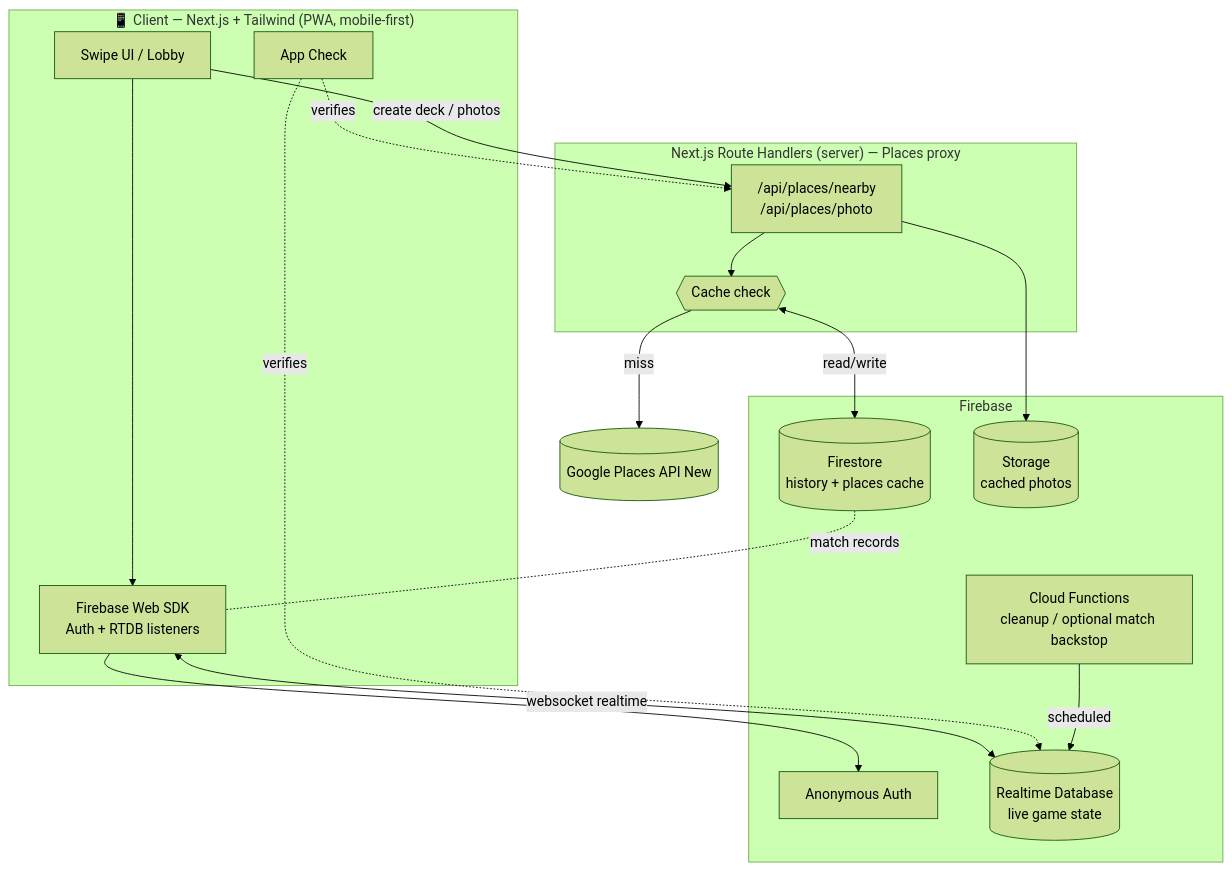
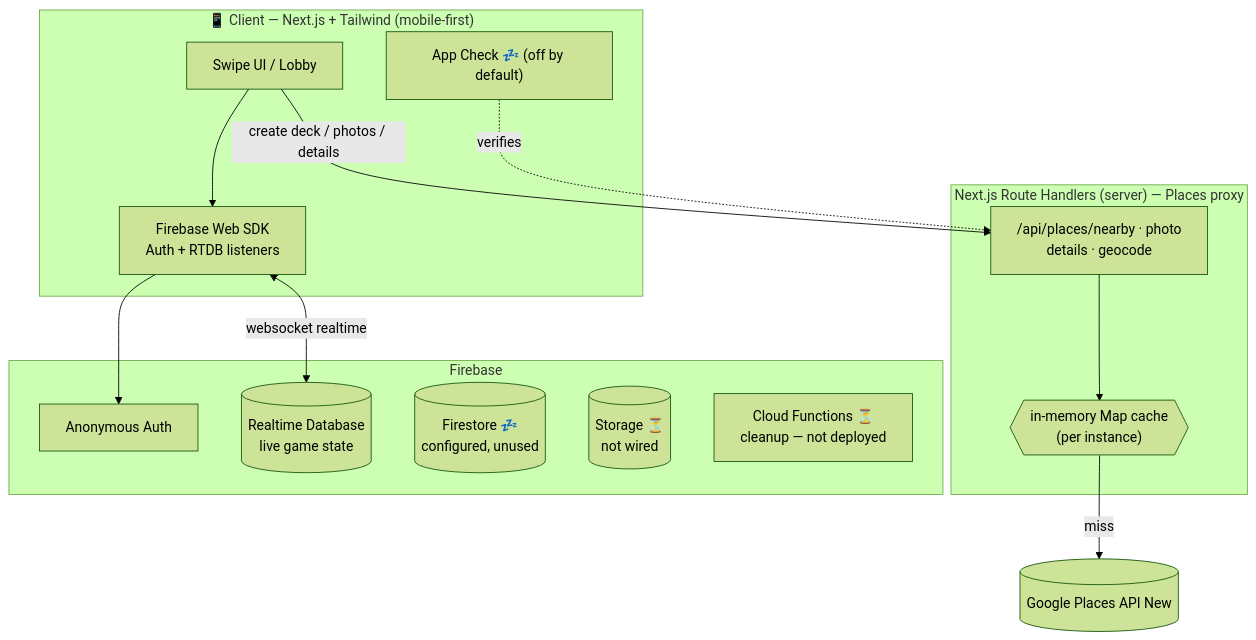
Before and after one commit to SennaLabs/kin-rai-dee: the first of 2 diagrams in .claude/wiki.md, drawn with Mermaid (forest theme). The commit also changed other lines of this file and 11 other files, not shown here.

````diff
--- a/.claude/wiki.md
+++ b/.claude/wiki.md
@@ -146,36 +167,31 @@
 ```mermaid
 flowchart TB
-    subgraph Client["📱 Client — Next.js + Tailwind (PWA, mobile-first)"]
+    subgraph Client["📱 Client — Next.js + Tailwind (mobile-first)"]
         UI[Swipe UI / Lobby]
         FSDK[Firebase Web SDK<br/>Auth + RTDB listeners]
-        AC[App Check]
+        AC["App Check 💤 (off by default)"]
     end
 
     subgraph Backend["Next.js Route Handlers (server) — Places proxy"]
-        PX["/api/places/nearby<br/>/api/places/photo"]
-        CACHE{{Cache check}}
+        PX["/api/places/nearby · photo<br/>details · geocode"]
+        CACHE{{"in-memory Map cache<br/>(per instance)"}}
     end
 
     subgraph Firebase["Firebase"]
         AUTH[Anonymous Auth]
         RTDB[(Realtime Database<br/>live game state)]
-        FS[(Firestore<br/>history + places cache)]
-        STORE[(Storage<br/>cached photos)]
-        FN[Cloud Functions<br/>cleanup / optional match backstop]
+        FS[("Firestore 💤<br/>configured, unused")]
+        STORE[("Storage ⏳<br/>not wired")]
+        FN["Cloud Functions ⏳<br/>cleanup — not deployed"]
     end
 
     GOOG[(Google Places API New)]
 
     UI --> FSDK
     FSDK <-->|websocket realtime| RTDB
     FSDK --> AUTH
     AC -.verifies.-> PX
-    AC -.verifies.-> RTDB
-    UI -->|create deck / photos| PX
+    UI -->|create deck / photos / details| PX
     PX --> CACHE
     CACHE -->|miss| GOOG
-    CACHE <-->|read/write| FS
-    PX --> STORE
-    FN -->|scheduled| RTDB
-    FS -.match records.- FSDK
 ```
````
